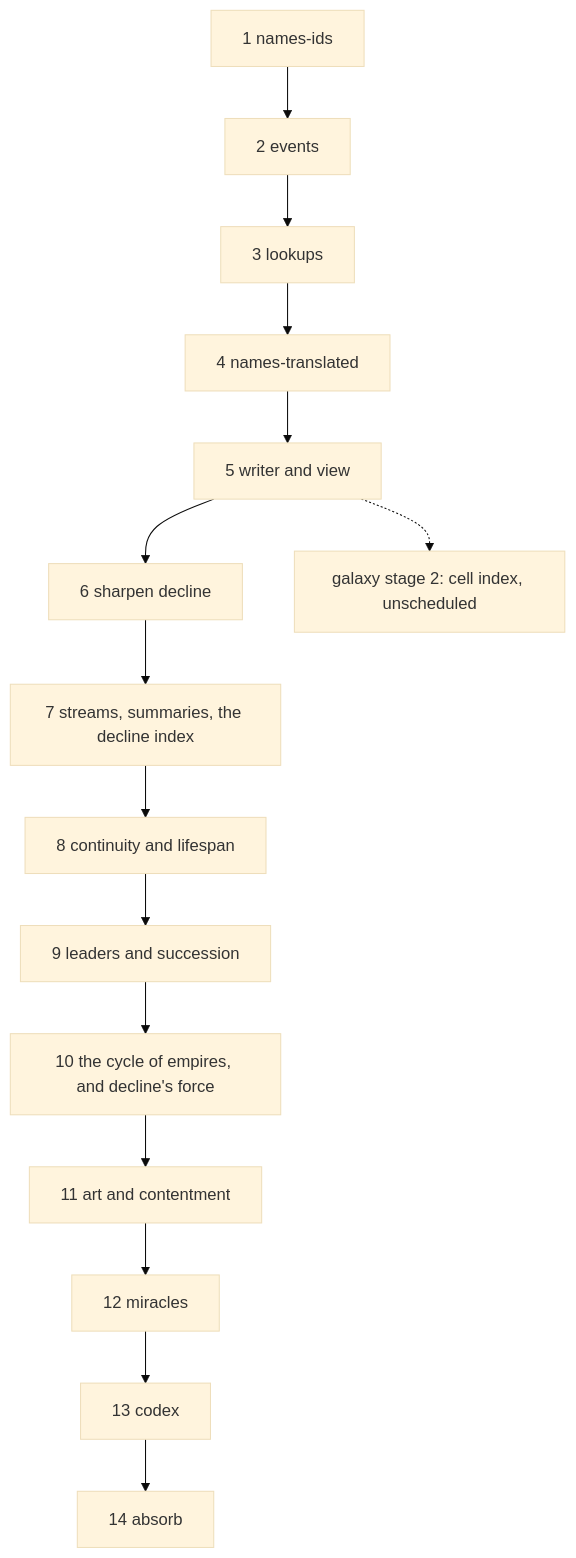
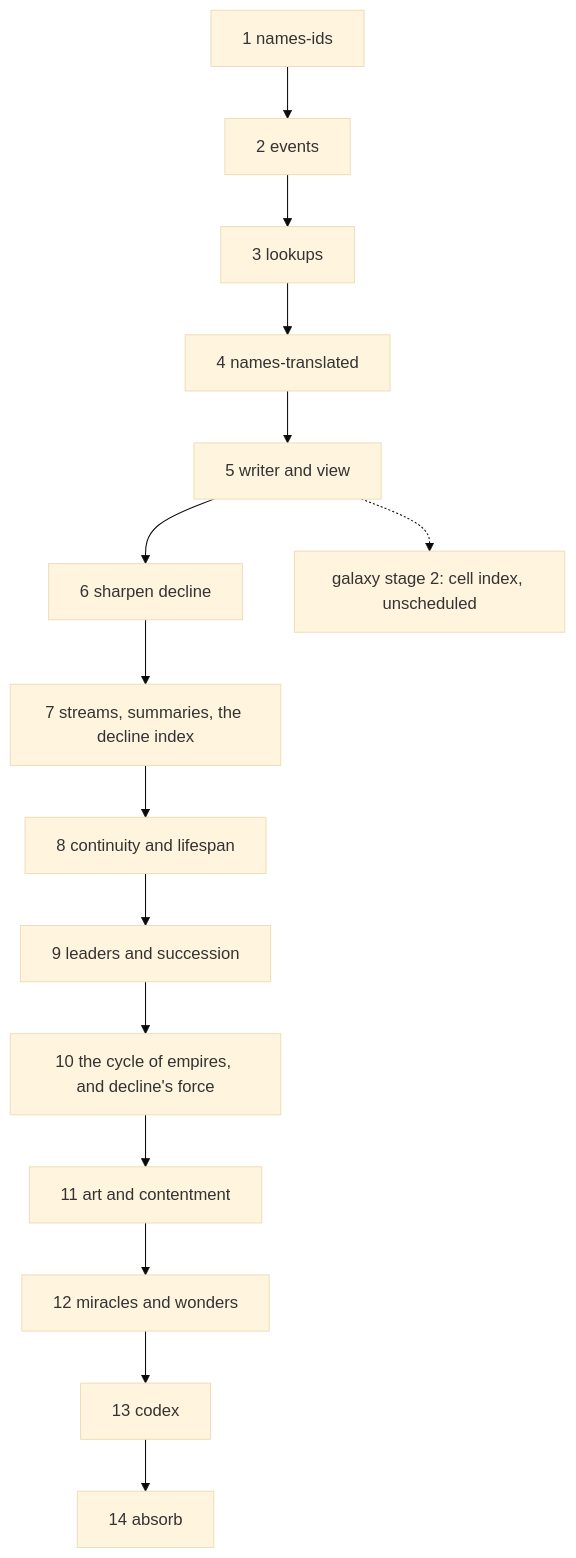
One commit to aulme/older-than-their-sun changed the diagram in specs/plan.md. Above: the diagram before and after it, drawn with Mermaid (base theme). The commit also changed other lines of this file and 6 other files, not shown here.

````diff
--- a/specs/plan.md
+++ b/specs/plan.md
@@ -10,17 +10,17 @@
 ```mermaid
 flowchart TD
   N1[1 names-ids] --> S1[2 events]
   S1 --> S2[3 lookups]
   S2 --> N2[4 names-translated]
   N2 --> S3[5 writer and view]
   S3 --> D0[6 sharpen decline]
   D0 --> D1[7 streams, summaries, the decline index]
   D1 --> C[8 continuity and lifespan]
   C --> L[9 leaders and succession]
   L --> E[10 the cycle of empires, and decline's force]
   E --> R[11 art and contentment]
-  R --> M[12 miracles]
+  R --> M[12 miracles and wonders]
   M --> S4[13 codex]
   S4 --> A[14 absorb]
   S3 -.-> G2[galaxy stage 2: cell index, unscheduled]
 ```
````
